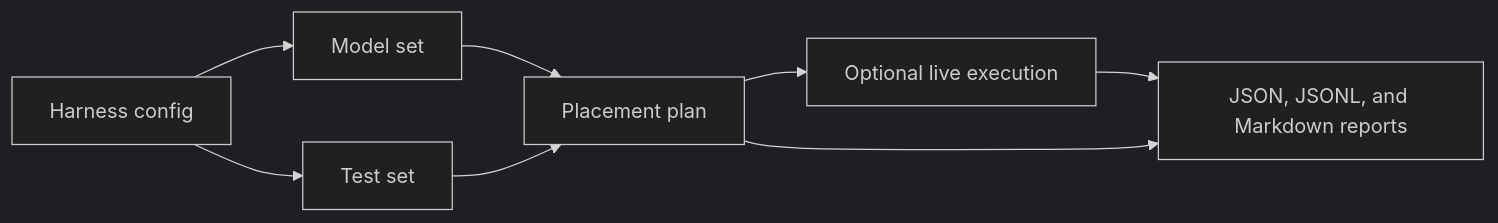
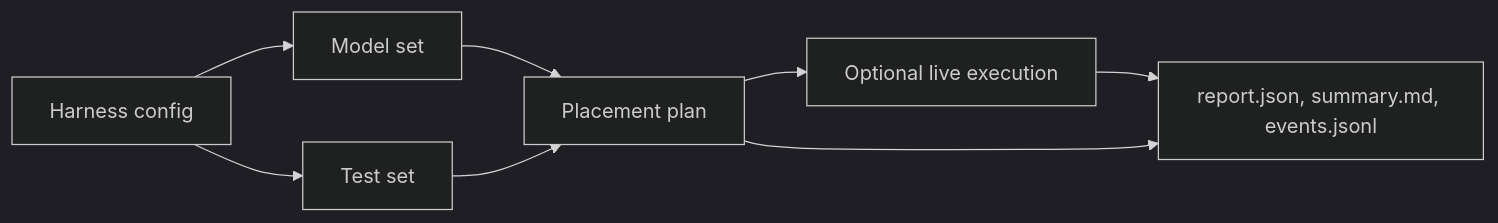
The diagram in website/docs/index.md (Foxlight-Foundation/skulk-test-harness), drawn with Mermaid (dark theme) before and after one commit. The commit also changed other lines of this file and 15 other files, not shown here.

````diff
--- a/website/docs/index.md
+++ b/website/docs/index.md
@@ -22,10 +34,10 @@
 ```mermaid
 flowchart LR
   Config["Harness config"] --> Models["Model set"]
   Config --> Tests["Test set"]
   Models --> Plan["Placement plan"]
   Tests --> Plan
   Plan --> Execute["Optional live execution"]
-  Execute --> Reports["JSON, JSONL, and Markdown reports"]
+  Execute --> Reports["report.json, summary.md, events.jsonl"]
   Plan --> Reports
 ```
````
